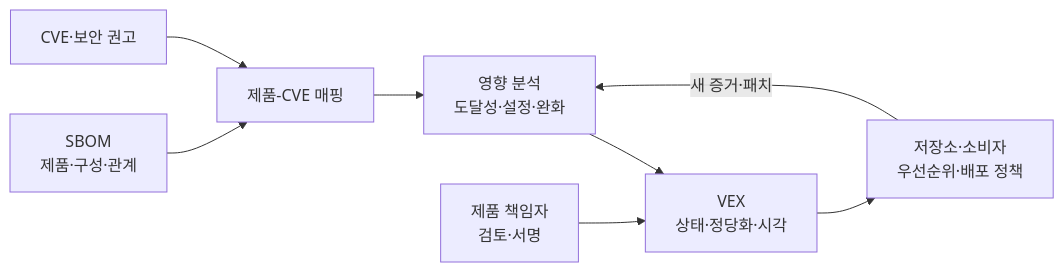
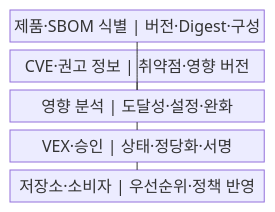
Before and after one commit to agnusdei1207/knowledge-base: the first of 2 diagrams in src/content/docs/notes/03-software/184_vex.md, drawn with Mermaid. The commit also changed other lines of this file and 20 other files, not shown here.

````diff
--- a/src/content/docs/notes/03-software/184_vex.md
+++ b/src/content/docs/notes/03-software/184_vex.md
@@ -60,10 +55,13 @@
 ```mermaid
-flowchart LR
-    S["SBOM<br/>제품·구성·관계"] --> M["제품-CVE 매핑"]
-    C["CVE·보안 권고"] --> M
-    M --> A["영향 분석<br/>도달성·설정·완화"]
-    A --> V["VEX<br/>상태·정당화·시각"]
-    P["제품 책임자<br/>검토·서명"] --> V
-    V --> R["저장소·소비자<br/>우선순위·배포 정책"]
-    R -->|"새 증거·패치"| A
+block
+    columns 1
+    A["제품·SBOM 식별 | 버전·Digest·구성"]
+    B["CVE·권고 정보 | 취약점·영향 버전"]
+    C["영향 분석 | 도달성·설정·완화"]
+    D["VEX·승인 | 상태·정당화·서명"]
+    E["저장소·소비자 | 우선순위·정책 반영"]
+    A --- C
+    B --- C
+    C --- D
+    D --- E
 ```
````
